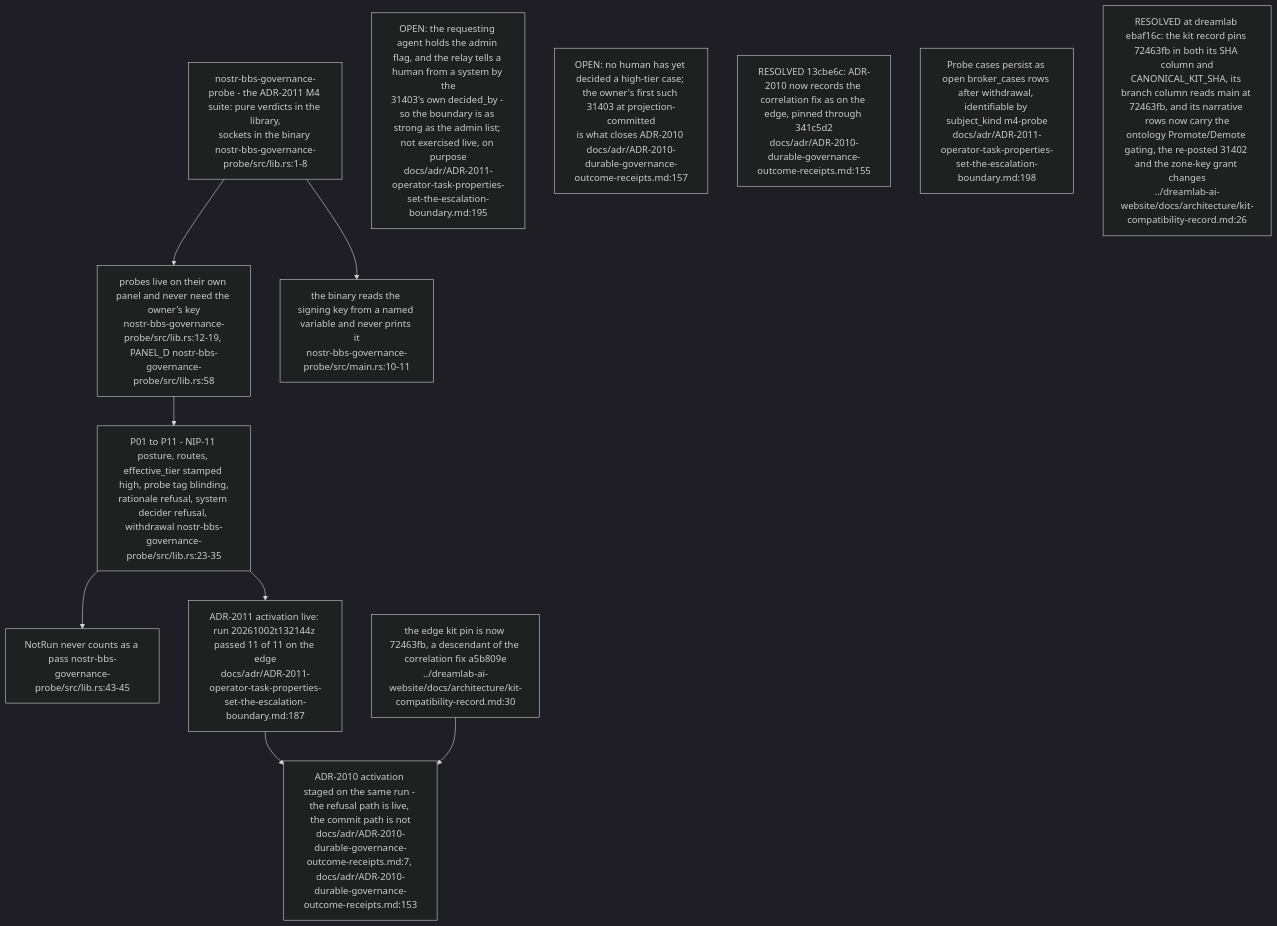
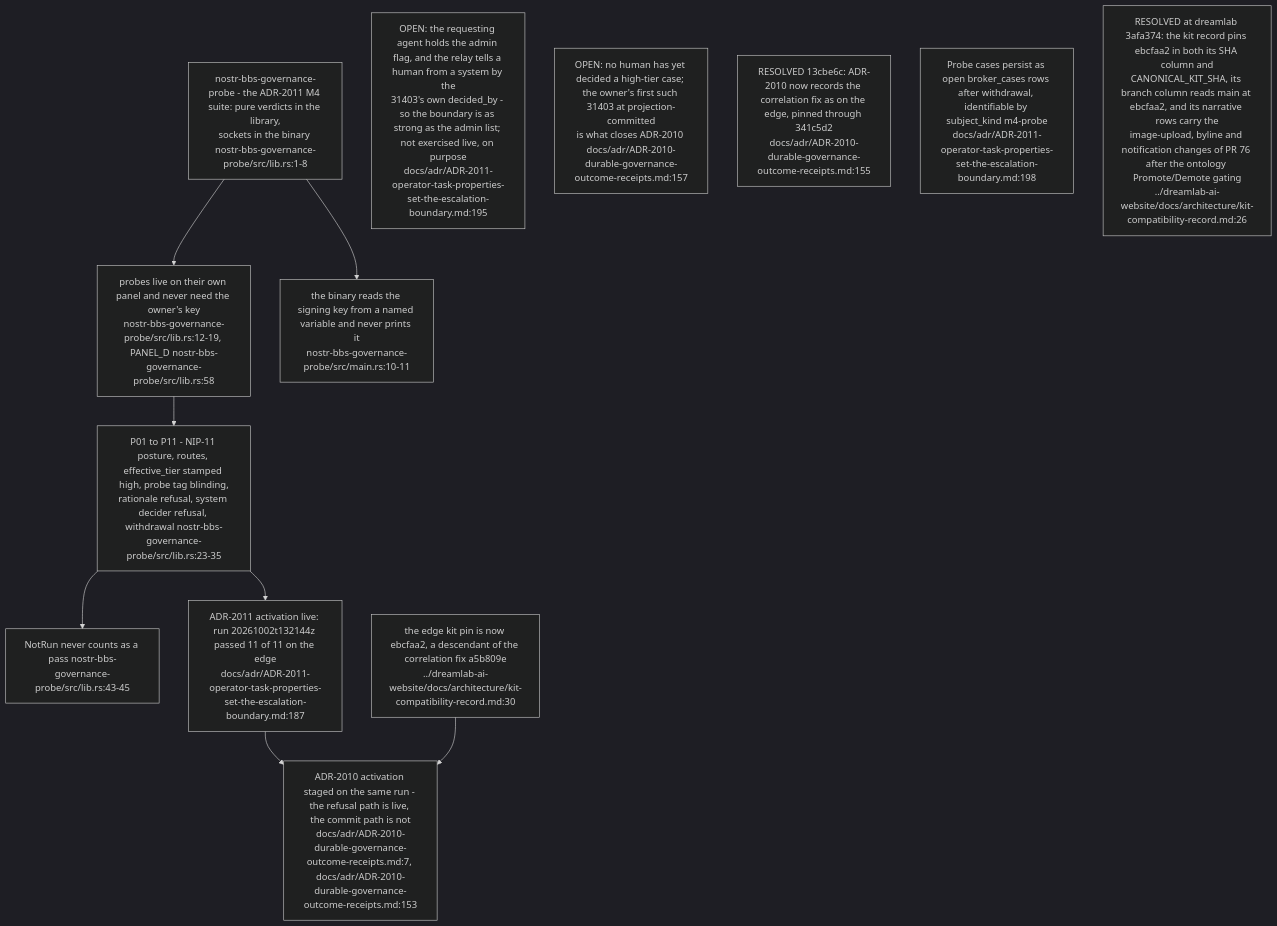
Diagram 16 of 17 in docs/diagrams/nostr-rust-forum/06-agent-control-surface-31400-31405.md (DreamLab-AI/VisionFlow), drawn with Mermaid (dark theme) before and after one commit. The commit also changed other lines of this file and 160 other files, not shown here.

````diff
--- a/docs/diagrams/nostr-rust-forum/06-agent-control-surface-31400-31405.md
+++ b/docs/diagrams/nostr-rust-forum/06-agent-control-surface-31400-31405.md
@@ -436,22 +451,22 @@
 ```mermaid
 flowchart TB
     SUITE["nostr-bbs-governance-probe - the ADR-2011 M4 suite: pure verdicts in the library,<br/>sockets in the binary nostr-bbs-governance-probe/src/lib.rs:1-8"]
     OWN["probes live on their own panel and never need the owner's key<br/>nostr-bbs-governance-probe/src/lib.rs:12-19, PANEL_D nostr-bbs-governance-probe/src/lib.rs:58"]
     TABLE["P01 to P11 - NIP-11 posture, routes, effective_tier stamped high, probe tag blinding,<br/>rationale refusal, system decider refusal, withdrawal nostr-bbs-governance-probe/src/lib.rs:23-35"]
     NOTRUN["NotRun never counts as a pass nostr-bbs-governance-probe/src/lib.rs:43-45"]
     BIN["the binary reads the signing key from a named variable and never prints it<br/>nostr-bbs-governance-probe/src/main.rs:10-11"]
     LIVE["ADR-2011 activation live: run 20261002t132144z passed 11 of 11 on the edge<br/>docs/adr/ADR-2011-operator-task-properties-set-the-escalation-boundary.md:187"]
     REC["ADR-2010 activation staged on the same run - the refusal path is live, the commit path is not<br/>docs/adr/ADR-2010-durable-governance-outcome-receipts.md:7, docs/adr/ADR-2010-durable-governance-outcome-receipts.md:153"]
-    PIN["the edge kit pin is now 72463fb, a descendant of the correlation fix a5b809e<br/>../dreamlab-ai-website/docs/architecture/kit-compatibility-record.md:30"]
+    PIN["the edge kit pin is now ebcfaa2, a descendant of the correlation fix a5b809e<br/>../dreamlab-ai-website/docs/architecture/kit-compatibility-record.md:30"]
 
     SUITE --> OWN --> TABLE --> NOTRUN
     SUITE --> BIN
     TABLE --> LIVE --> REC
     PIN --> REC
 
     N1["OPEN: the requesting agent holds the admin flag, and the relay tells a human from a system by the<br/>31403's own decided_by - so the boundary is as strong as the admin list; not exercised live, on purpose<br/>docs/adr/ADR-2011-operator-task-properties-set-the-escalation-boundary.md:195"]
     N2["OPEN: no human has yet decided a high-tier case; the owner's first such 31403 at projection-committed<br/>is what closes ADR-2010 docs/adr/ADR-2010-durable-governance-outcome-receipts.md:157"]
     N3["RESOLVED 13cbe6c: ADR-2010 now records the correlation fix as on the edge, pinned through 341c5d2<br/>docs/adr/ADR-2010-durable-governance-outcome-receipts.md:155"]
     N4["Probe cases persist as open broker_cases rows after withdrawal, identifiable by subject_kind m4-probe<br/>docs/adr/ADR-2011-operator-task-properties-set-the-escalation-boundary.md:198"]
-    N5["RESOLVED at dreamlab ebaf16c: the kit record pins 72463fb in both its SHA column and<br/>CANONICAL_KIT_SHA, its branch column reads main at 72463fb, and its narrative rows now carry the<br/>ontology Promote/Demote gating, the re-posted 31402 and the zone-key grant changes<br/>../dreamlab-ai-website/docs/architecture/kit-compatibility-record.md:26"]
+    N5["RESOLVED at dreamlab 3afa374: the kit record pins ebcfaa2 in both its SHA column and<br/>CANONICAL_KIT_SHA, its branch column reads main at ebcfaa2, and its narrative rows carry the<br/>image-upload, byline and notification changes of PR 76 after the ontology Promote/Demote gating<br/>../dreamlab-ai-website/docs/architecture/kit-compatibility-record.md:26"]
 ```
````
